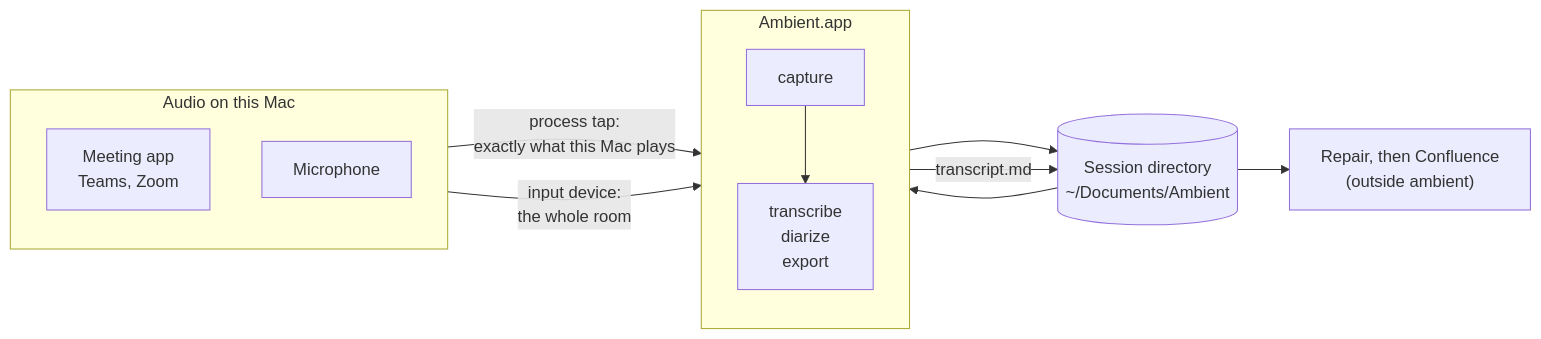
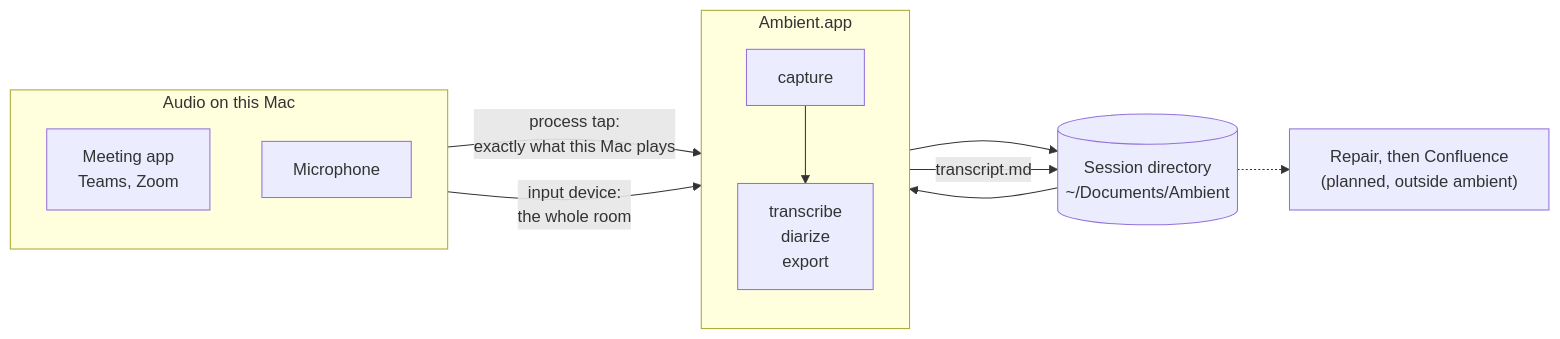
Before and after one commit to jasonm4130-labs/ambient: the first of 2 diagrams in docs/developing/index.md, drawn with Mermaid. The commit also changed other lines of this file and 10 other files, not shown here.

````diff
--- a/docs/developing/index.md
+++ b/docs/developing/index.md
@@ -13,25 +13,25 @@
 ```mermaid
 flowchart LR
     subgraph sources["Audio on this Mac"]
         direction TB
         meeting["Meeting app<br/>Teams, Zoom"]
         room["Microphone"]
     end
 
     subgraph app["Ambient.app"]
         direction TB
         capture["capture"]
         process["transcribe<br/>diarize<br/>export"]
         capture --> process
     end
 
     disk[("Session directory<br/>~/Documents/Ambient")]
-    downstream["Repair, then Confluence<br/>(outside ambient)"]
+    downstream["Repair, then Confluence<br/>(planned, outside ambient)"]
 
     meeting -->|"process tap:<br/>exactly what this Mac plays"| capture
     room -->|"input device:<br/>the whole room"| capture
     capture --> disk
     disk --> process
     process -->|transcript.md| disk
-    disk --> downstream
+    disk -.-> downstream
 ```
````
